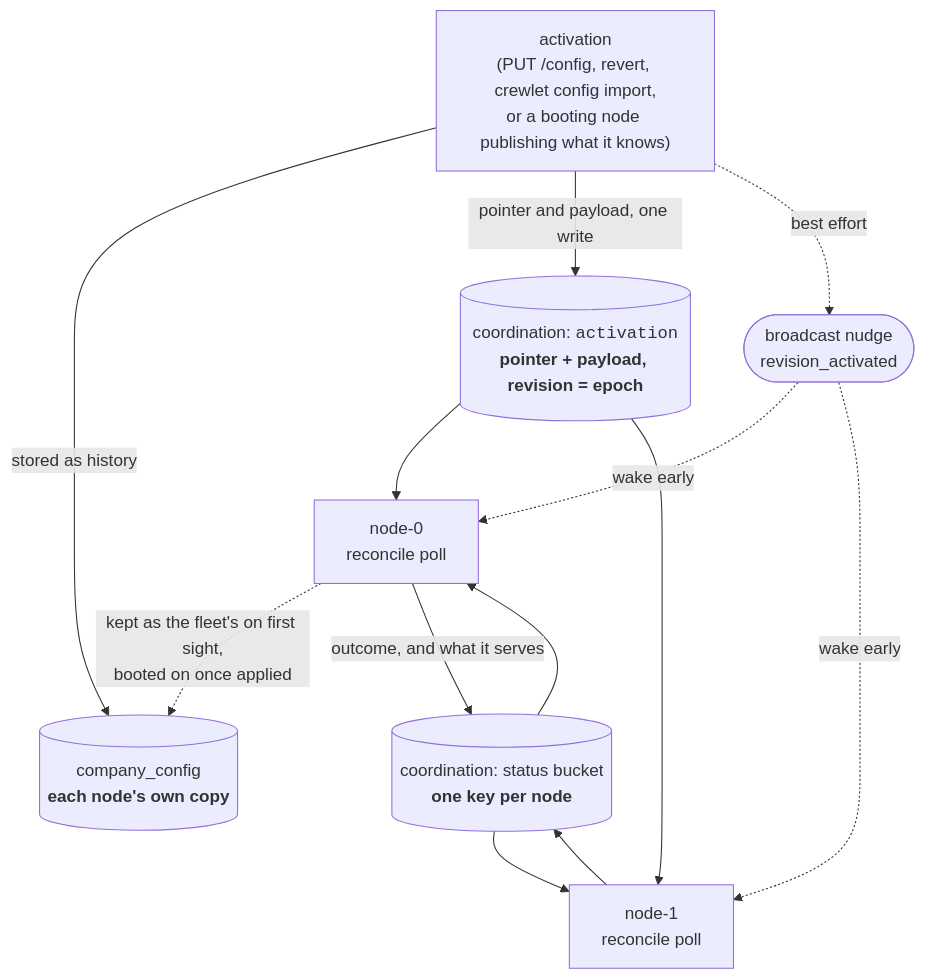
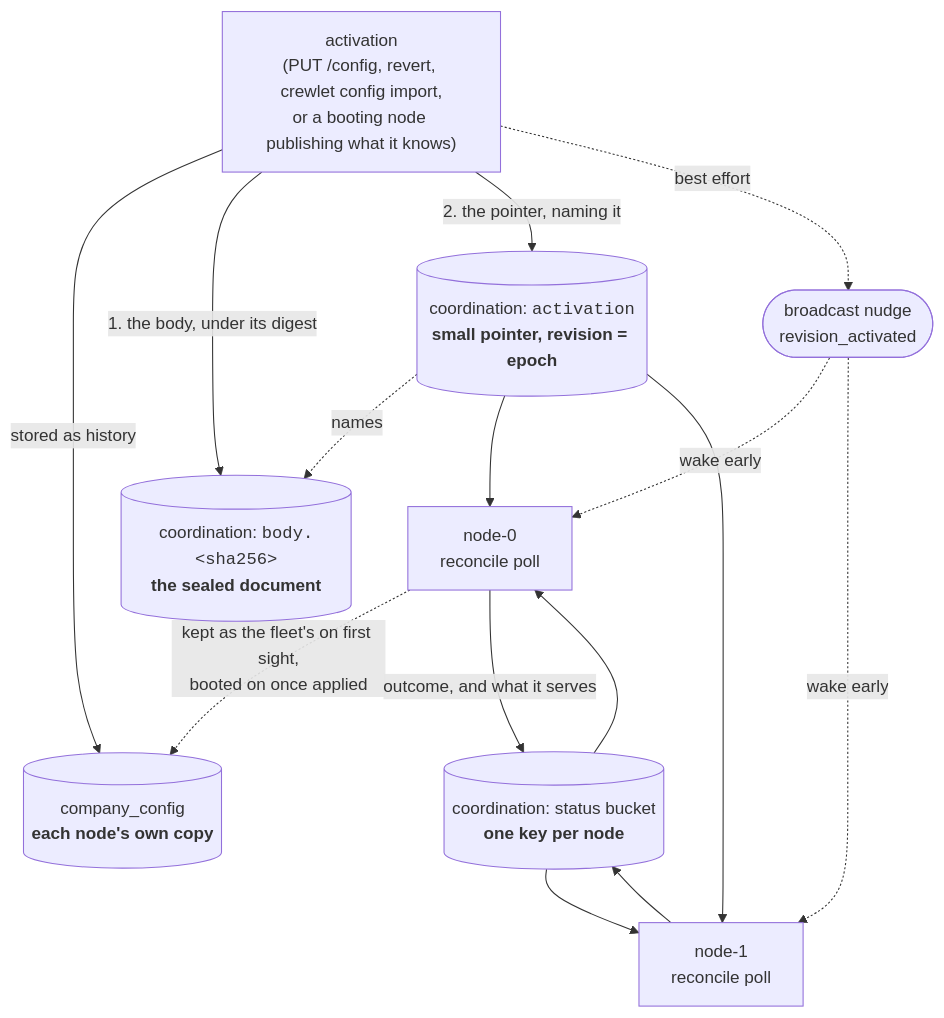
One commit to crewlet/crewlet changed the first of 2 diagrams in docs/concepts/control-plane.md. Above: the diagram before and after it, drawn with Mermaid. The commit also changed other lines of this file and 10 other files, not shown here.

First line of the commit message:
docs(coord): record ADR-0175 and the activation pointer's layout

````diff
--- a/docs/concepts/control-plane.md
+++ b/docs/concepts/control-plane.md
@@ -15,22 +15,25 @@
 ```mermaid
 flowchart TD
     ACT["activation<br/>(PUT /config, revert, crewlet config import,<br/>or a booting node publishing what it knows)"]
     DB[("company_config<br/><b>each node's own copy</b>")]
-    PTR[("coordination: <code>activation</code><br/><b>pointer + payload, revision = epoch</b>")]
+    PTR[("coordination: <code>activation</code><br/><b>small pointer, revision = epoch</b>")]
+    BODY[("coordination: <code>body.&lt;sha256&gt;</code><br/><b>the sealed document</b>")]
     NUDGE(["broadcast nudge<br/>revision_activated"])
     N1["node-0<br/>reconcile poll"]
     N2["node-1<br/>reconcile poll"]
     STATUS[("coordination: status bucket<br/><b>one key per node</b>")]
     ACT -->|stored as history| DB
-    ACT -->|pointer and payload, one write| PTR
+    ACT -->|1. the body, under its digest| BODY
+    ACT -->|2. the pointer, naming it| PTR
+    PTR -.->|names| BODY
     ACT -.->|best effort| NUDGE
     NUDGE -.->|wake early| N1
     NUDGE -.->|wake early| N2
     PTR --> N1
     PTR --> N2
     N1 -.->|"kept as the fleet's on first sight,<br/>booted on once applied"| DB
     N1 -->|outcome, and what it serves| STATUS
     N2 --> STATUS
     STATUS --> N1
     STATUS --> N2
 ```
````
